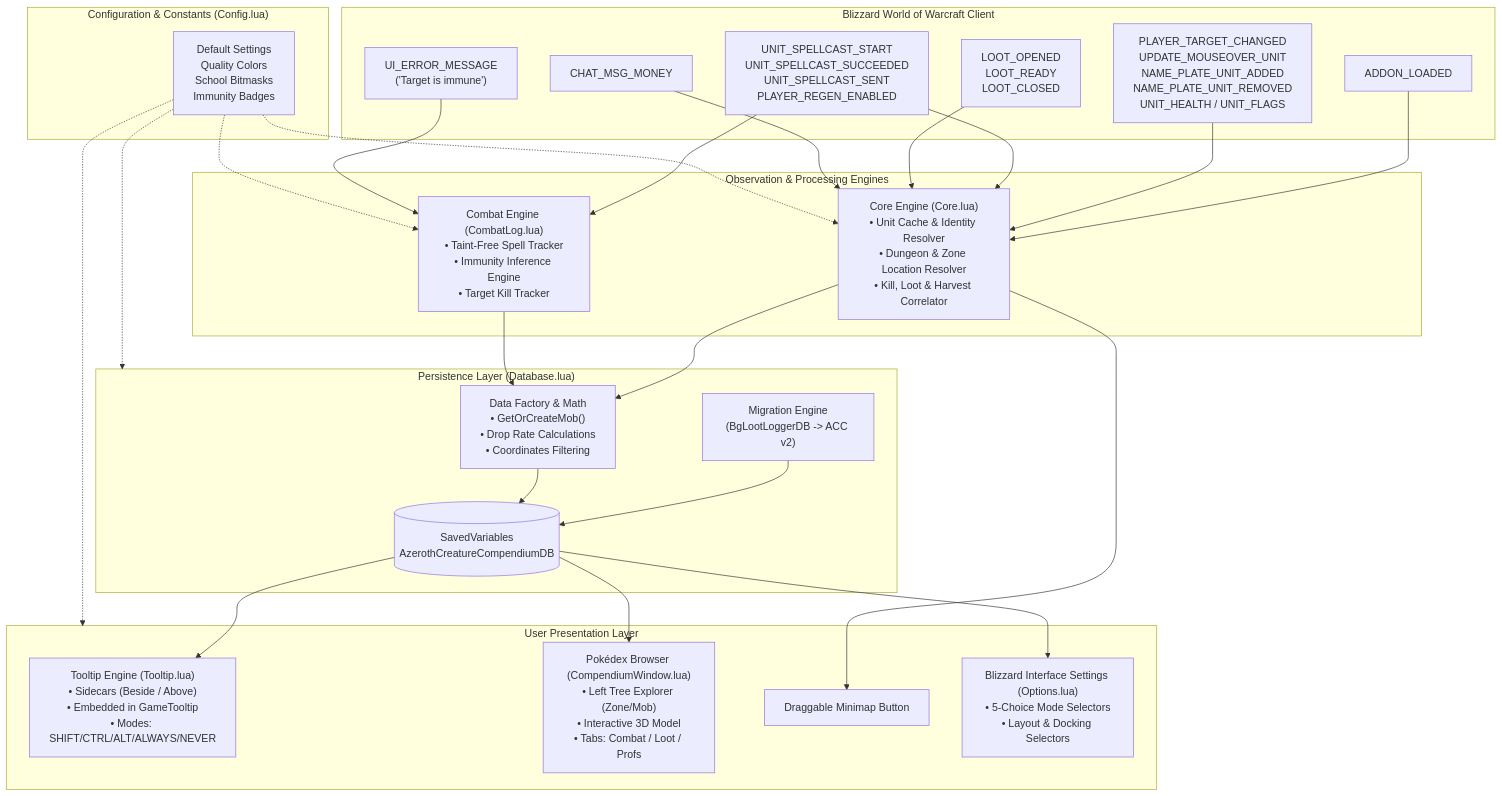
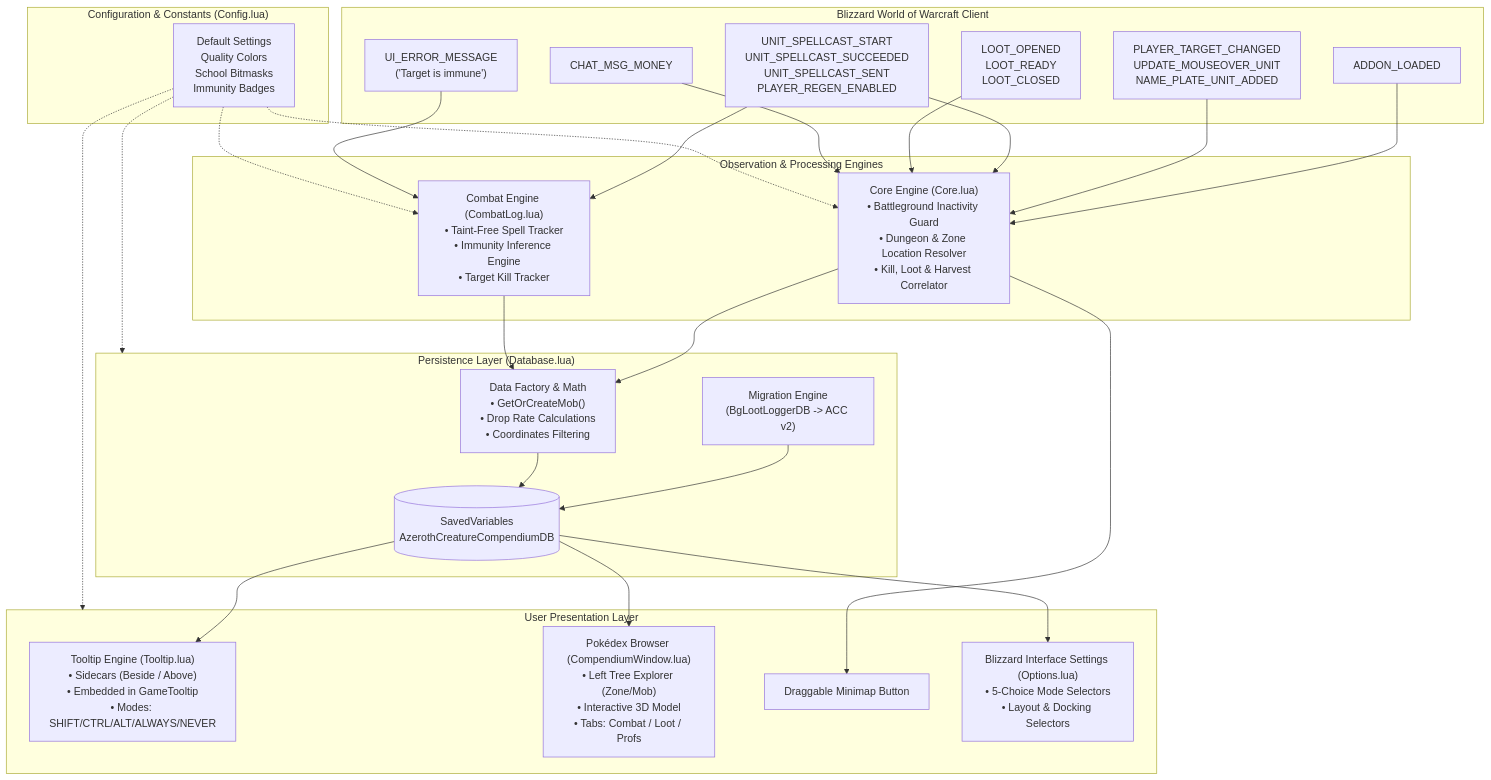
One commit to bguerre20/AzerothCreatureCompendium changed the first of 5 diagrams in docs/ARCHITECTURE.md. Above: the diagram before and after it, drawn with Mermaid. The commit also changed other lines of this file and 8 other files, not shown here.

Commit message:
fix: enforce battleground inactivity, remove fragile instance workarounds, and add fail-safe debug mode

````diff
--- a/docs/ARCHITECTURE.md
+++ b/docs/ARCHITECTURE.md
@@ -41,59 +41,59 @@
 ```mermaid
 graph TD
     subgraph WoW_Client["Blizzard World of Warcraft Client"]
         E_Life["ADDON_LOADED"]
-        E_Unit["PLAYER_TARGET_CHANGED<br/>UPDATE_MOUSEOVER_UNIT<br/>NAME_PLATE_UNIT_ADDED<br/>NAME_PLATE_UNIT_REMOVED<br/>UNIT_HEALTH / UNIT_FLAGS"]
+        E_Unit["PLAYER_TARGET_CHANGED<br/>UPDATE_MOUSEOVER_UNIT<br/>NAME_PLATE_UNIT_ADDED"]
         E_Cast["UNIT_SPELLCAST_START<br/>UNIT_SPELLCAST_SUCCEEDED<br/>UNIT_SPELLCAST_SENT<br/>PLAYER_REGEN_ENABLED"]
         E_Err["UI_ERROR_MESSAGE<br/>('Target is immune')"]
         E_Loot["LOOT_OPENED<br/>LOOT_READY<br/>LOOT_CLOSED"]
         E_Chat["CHAT_MSG_MONEY"]
     end
 
     subgraph Config_Layer["Configuration & Constants (Config.lua)"]
         CONF["Default Settings<br/>Quality Colors<br/>School Bitmasks<br/>Immunity Badges"]
     end
 
     subgraph Engine_Layer["Observation & Processing Engines"]
-        CORE["Core Engine (Core.lua)<br/>• Unit Cache & Identity Resolver<br/>• Dungeon & Zone Location Resolver<br/>• Kill, Loot & Harvest Correlator"]
+        CORE["Core Engine (Core.lua)<br/>• Battleground Inactivity Guard<br/>• Dungeon & Zone Location Resolver<br/>• Kill, Loot & Harvest Correlator"]
         COMBAT["Combat Engine (CombatLog.lua)<br/>• Taint-Free Spell Tracker<br/>• Immunity Inference Engine<br/>• Target Kill Tracker"]
     end
 
     subgraph Storage_Layer["Persistence Layer (Database.lua)"]
         DB[("SavedVariables<br/>AzerothCreatureCompendiumDB")]
         MIG["Migration Engine<br/>(BgLootLoggerDB -> ACC v2)"]
         FACTORY["Data Factory & Math<br/>• GetOrCreateMob()<br/>• Drop Rate Calculations<br/>• Coordinates Filtering"]
     end
 
     subgraph Presentation_Layer["User Presentation Layer"]
         TOOLTIPS["Tooltip Engine (Tooltip.lua)<br/>• Sidecars (Beside / Above)<br/>• Embedded in GameTooltip<br/>• Modes: SHIFT/CTRL/ALT/ALWAYS/NEVER"]
         WINDOW["Pokédex Browser (CompendiumWindow.lua)<br/>• Left Tree Explorer (Zone/Mob)<br/>• Interactive 3D Model<br/>• Tabs: Combat / Loot / Profs"]
         MINIMAP["Draggable Minimap Button"]
         SETTINGS["Blizzard Interface Settings (Options.lua)<br/>• 5-Choice Mode Selectors<br/>• Layout & Docking Selectors"]
     end
 
     %% Event Connections
     E_Life --> CORE
     E_Unit --> CORE
     E_Cast --> CORE
     E_Cast --> COMBAT
     E_Err --> COMBAT
     E_Loot --> CORE
     E_Chat --> CORE
 
     CONF -.-> CORE
     CONF -.-> COMBAT
     CONF -.-> Storage_Layer
     CONF -.-> Presentation_Layer
 
     %% Processing Connections
     CORE --> FACTORY
     COMBAT --> FACTORY
     MIG --> DB
     FACTORY --> DB
 
     %% Query Connections
     DB --> TOOLTIPS
     DB --> WINDOW
     DB --> SETTINGS
     CORE --> MINIMAP
 ```
````
